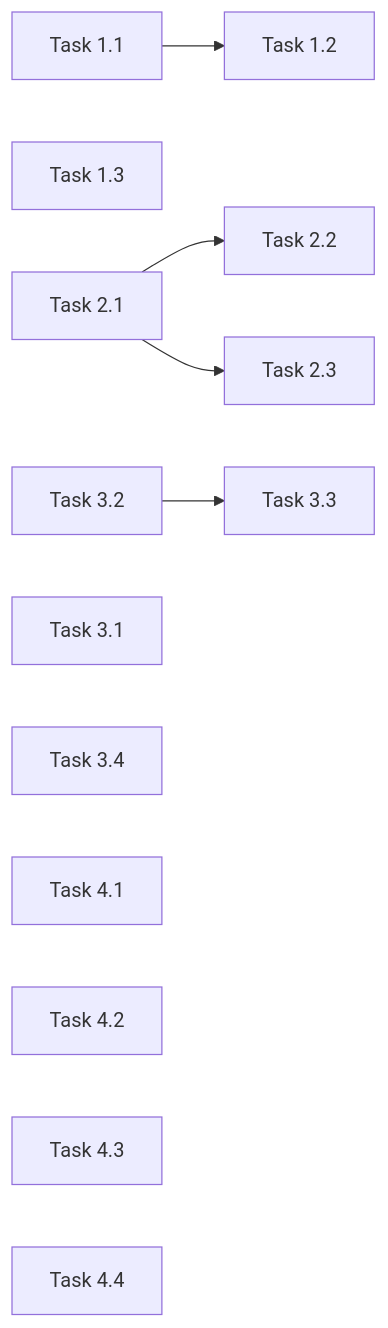
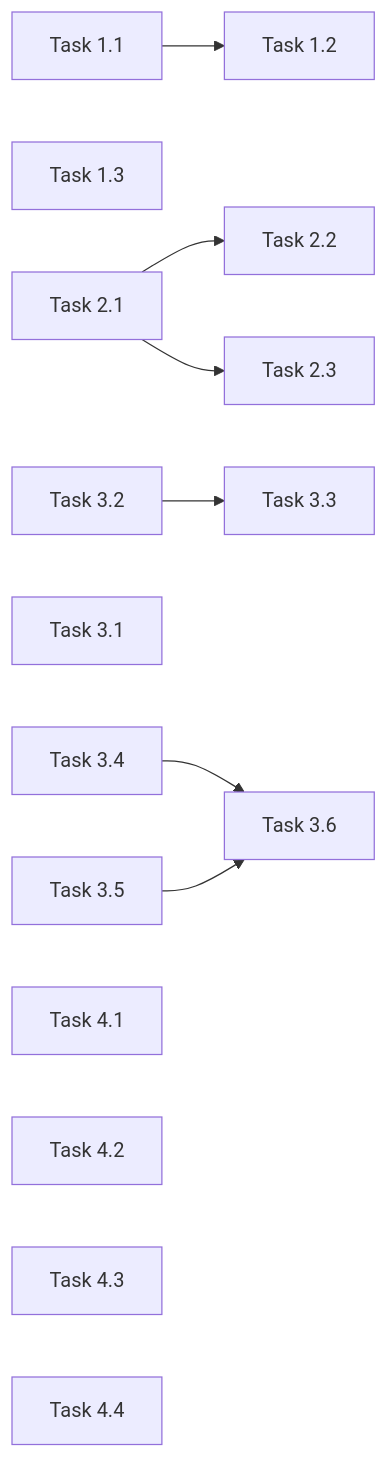
The diagram in docs/engineering/plan/20260526-plan-ui-optimization.md (Deliay/z-agent-gear), drawn with Mermaid before and after one commit. The commit also changed other lines of this file and 2 other files, not shown here.

````diff
--- a/docs/engineering/plan/20260526-plan-ui-optimization.md
+++ b/docs/engineering/plan/20260526-plan-ui-optimization.md
@@ -147,14 +188,15 @@
 ```mermaid
 graph LR
     T1_1[Task 1.1] --> T1_2[Task 1.2]
     T1_3[Task 1.3]
     T2_1[Task 2.1] --> T2_2[Task 2.2]
     T2_1 --> T2_3[Task 2.3]
     T3_2[Task 3.2] --> T3_3[Task 3.3]
     T3_1[Task 3.1]
-    T3_4[Task 3.4]
+    T3_4[Task 3.4] --> T3_6[Task 3.6]
+    T3_5[Task 3.5] --> T3_6[Task 3.6]
     T4_1[Task 4.1]
     T4_2[Task 4.2]
     T4_3[Task 4.3]
     T4_4[Task 4.4]
 ```
````
